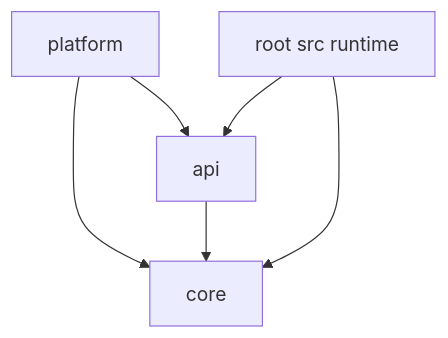
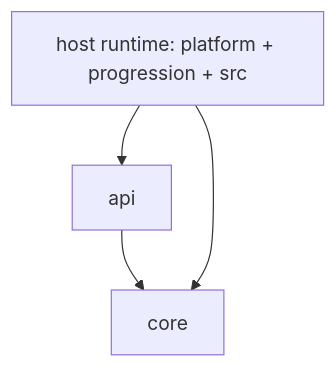
Before and after one commit to pendantbear3467/untitled: the diagram in docs/ECOSYSTEM_MODULE_DEPENDENCY_GRAPH.md, drawn with Mermaid. The commit also changed other lines of this file and 15 other files, not shown here.

````diff
--- a/docs/ECOSYSTEM_MODULE_DEPENDENCY_GRAPH.md
+++ b/docs/ECOSYSTEM_MODULE_DEPENDENCY_GRAPH.md
@@ -5,8 +5,6 @@
 ```mermaid
 graph TD
   API[api] --> CORE[core]
-  PLATFORM[platform] --> CORE
-  PLATFORM --> API
-  ROOT[root src runtime] --> API
-  ROOT --> CORE
+  HOST[host runtime: platform + progression + src] --> API
+  HOST --> CORE
 ```
````
